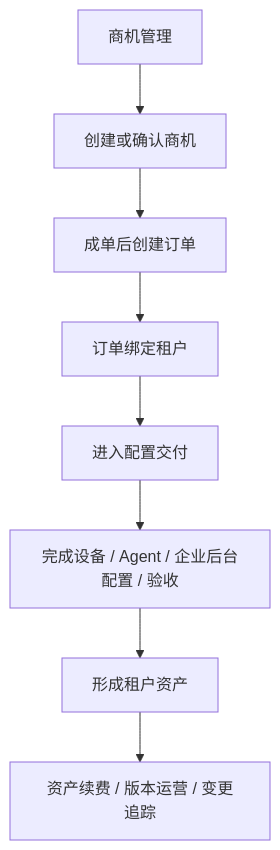
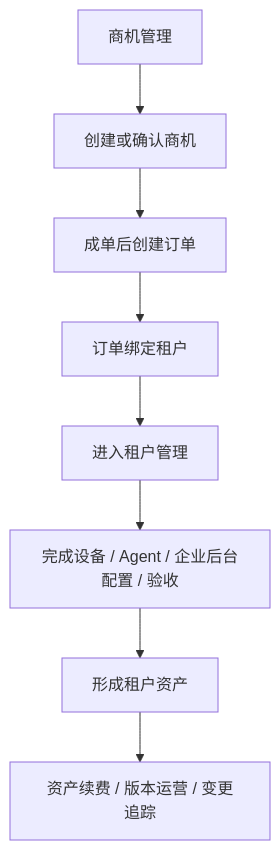
One commit to wanquanY/Frontis_prd changed the tenth of 16 diagrams in Frontis AI · 正式 PRD.md. Above: the diagram before and after it, drawn with Mermaid. The commit also changed other lines of this file and 42 other files, not shown here.

Commit message:
feat: refine fde and enterprise management flows

````diff
--- a/Frontis AI · 正式 PRD.md
+++ b/Frontis AI · 正式 PRD.md
@@ -578,10 +569,10 @@
 ```mermaid
 flowchart TD
   A["商机管理"] --> B["创建或确认商机"]
   B --> C["成单后创建订单"]
   C --> D["订单绑定租户"]
-  D --> E["进入配置交付"]
+  D --> E["进入租户管理"]
   E --> F["完成设备 / Agent / 企业后台配置 / 验收"]
   F --> G["形成租户资产"]
   G --> H["资产续费 / 版本运营 / 变更追踪"]
 ```
````
